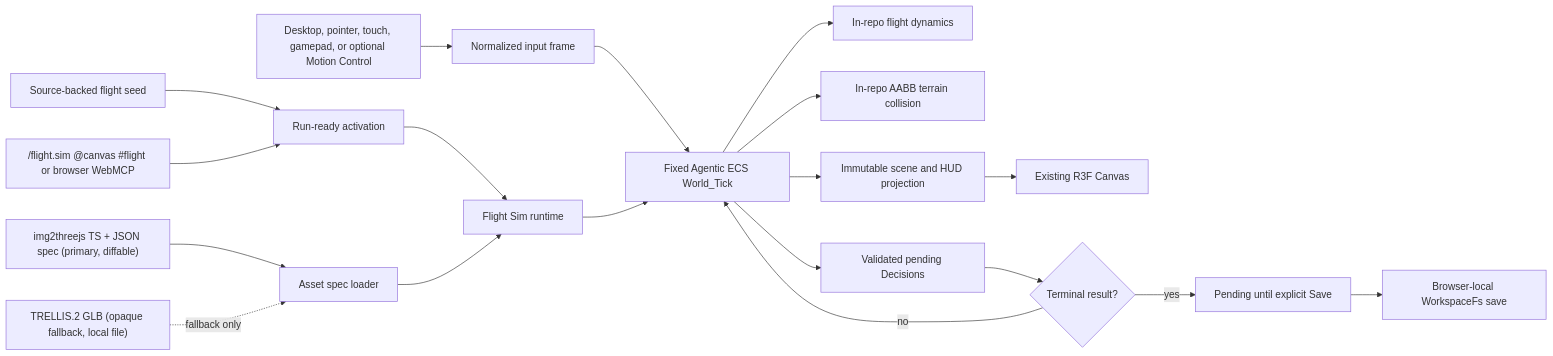
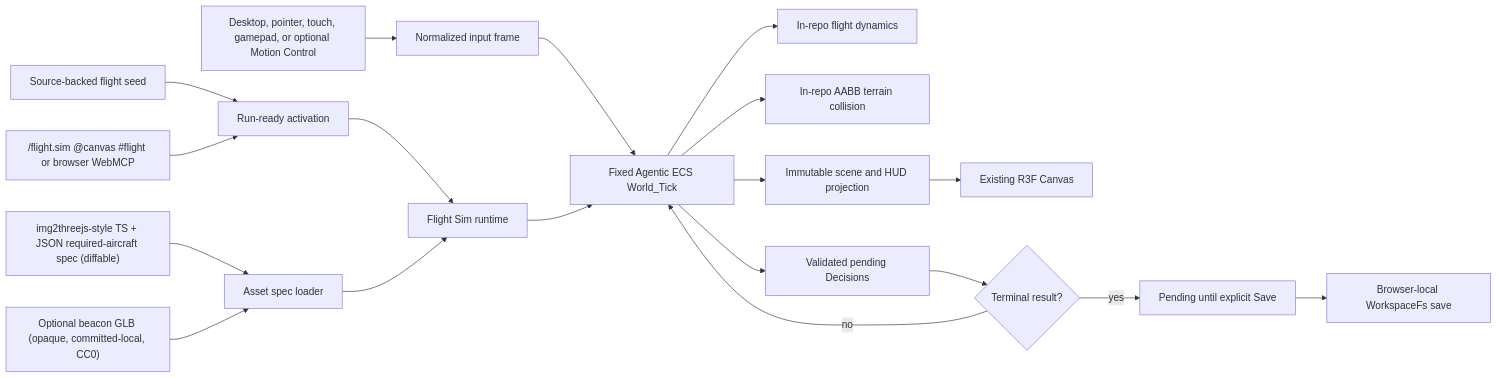
The diagram in docs/documents/knowgrph-game-flight-sim-prd-tad.md (huijoohwee/knowgrph), drawn with Mermaid before and after one commit. The commit also changed other lines of this file and 251 other files, not shown here.

````diff
--- a/docs/documents/knowgrph-game-flight-sim-prd-tad.md
+++ b/docs/documents/knowgrph-game-flight-sim-prd-tad.md
@@ -209,21 +219,21 @@
 ```mermaid
 flowchart LR
   SEED["Source-backed flight seed"] --> ACTIVATE["Run-ready activation"]
   INVOKE["/flight.sim @canvas #flight or browser WebMCP"] --> ACTIVATE
   ACTIVATE --> RUNTIME["Flight Sim runtime"]
   ASSETS["Asset spec loader"] --> RUNTIME
-  SPEC["img2threejs TS + JSON spec (primary, diffable)"] --> ASSETS
-  GLB["TRELLIS.2 GLB (opaque fallback, local file)"] -. fallback only .-> ASSETS
+  SPEC["img2threejs-style TS + JSON required-aircraft spec (diffable)"] --> ASSETS
+  GLB["Optional beacon GLB (opaque, committed-local, CC0)"] --> ASSETS
   INPUT["Desktop, pointer, touch, gamepad, or optional Motion Control"] --> NORMALIZE["Normalized input frame"]
   NORMALIZE --> TICK["Fixed Agentic ECS World_Tick"]
   RUNTIME --> TICK
   TICK --> DYN["In-repo flight dynamics"]
   TICK --> COLLISION["In-repo AABB terrain collision"]
   TICK --> VIEW["Immutable scene and HUD projection"]
   VIEW --> THREE["Existing R3F Canvas"]
   TICK --> PENDING["Validated pending Decisions"]
   PENDING --> TERMINAL{"Terminal result?"}
   TERMINAL -->|no| TICK
   TERMINAL -->|yes| WAIT["Pending until explicit Save"]
   WAIT --> SAVE["Browser-local WorkspaceFs save"]
 ```
````
